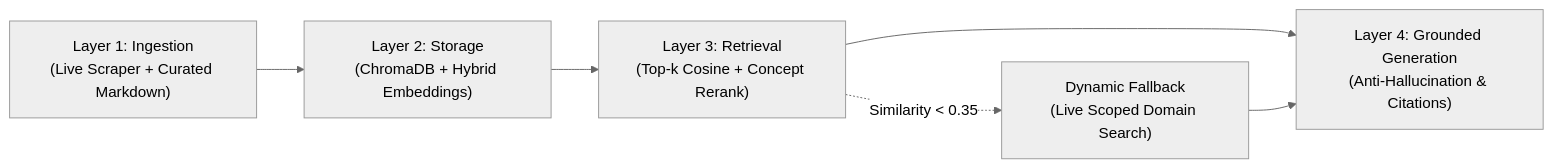
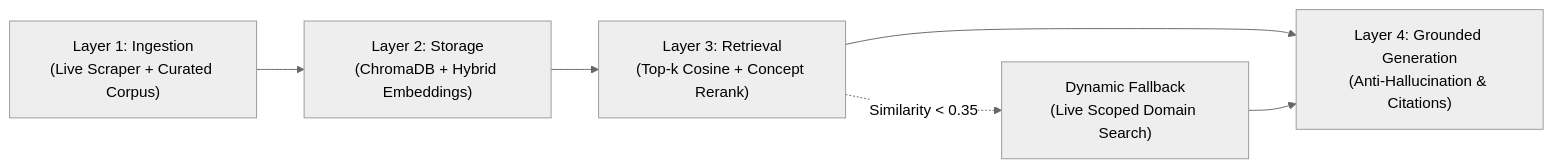
Before and after one commit to FelipeBebas/getnet-multi-agent-support: the second of 2 diagrams in README.md, drawn with Mermaid (neutral theme). The commit also changed other lines of this file, not shown here.

Commit message:
docs(readme): rewrite documentation for v2 RBAC, Ragas evals, and HITL architecture

````diff
--- a/README.md
+++ b/README.md
@@ -103,8 +111,8 @@
 ```mermaid
 flowchart LR
-    A["Layer 1: Ingestion\n(Live Scraper + Curated Markdown)"] --> B["Layer 2: Storage\n(ChromaDB + Hybrid Embeddings)"]
+    A["Layer 1: Ingestion\n(Live Scraper + Curated Corpus)"] --> B["Layer 2: Storage\n(ChromaDB + Hybrid Embeddings)"]
     B --> C["Layer 3: Retrieval\n(Top-k Cosine + Concept Rerank)"]
     C --> D["Layer 4: Grounded Generation\n(Anti-Hallucination & Citations)"]
     C -. "Similarity < 0.35" .-> E["Dynamic Fallback\n(Live Scoped Domain Search)"]
     E --> D
 ```
````
